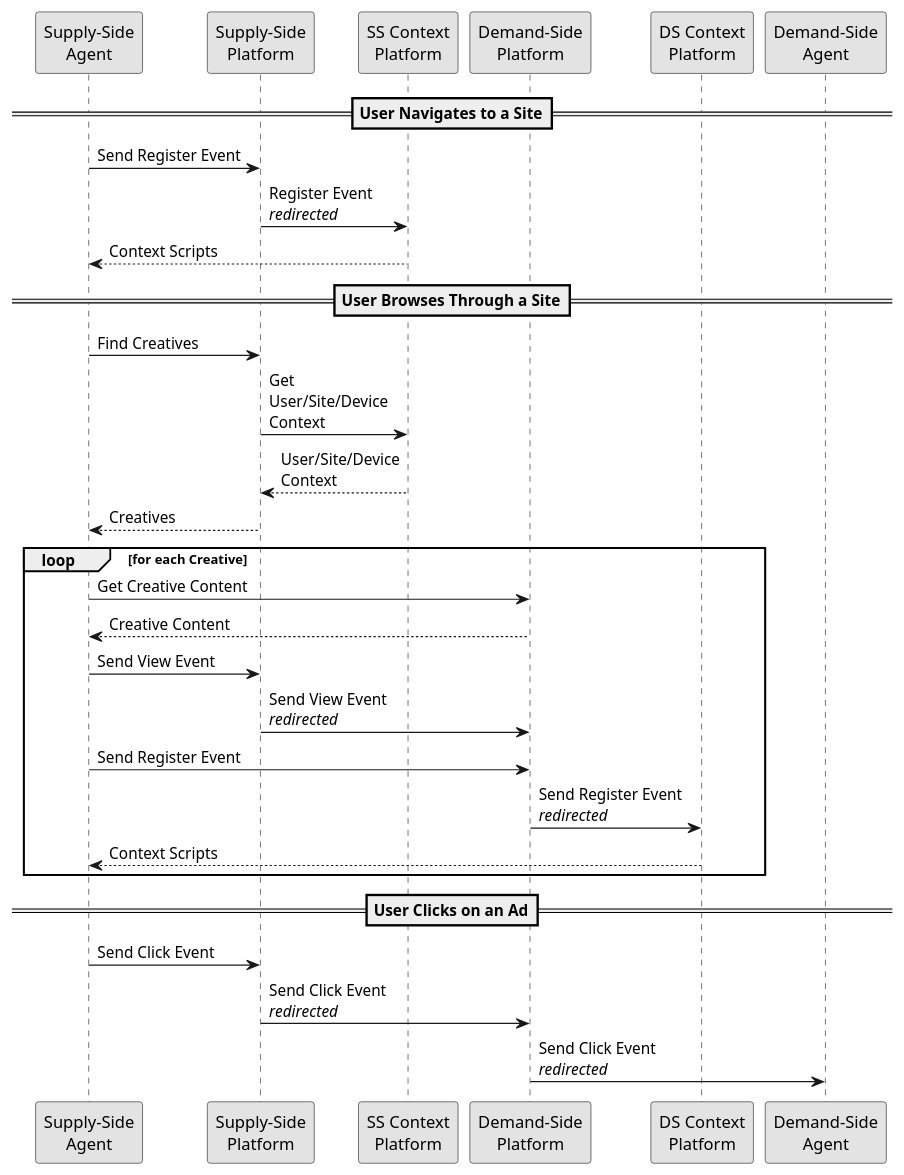
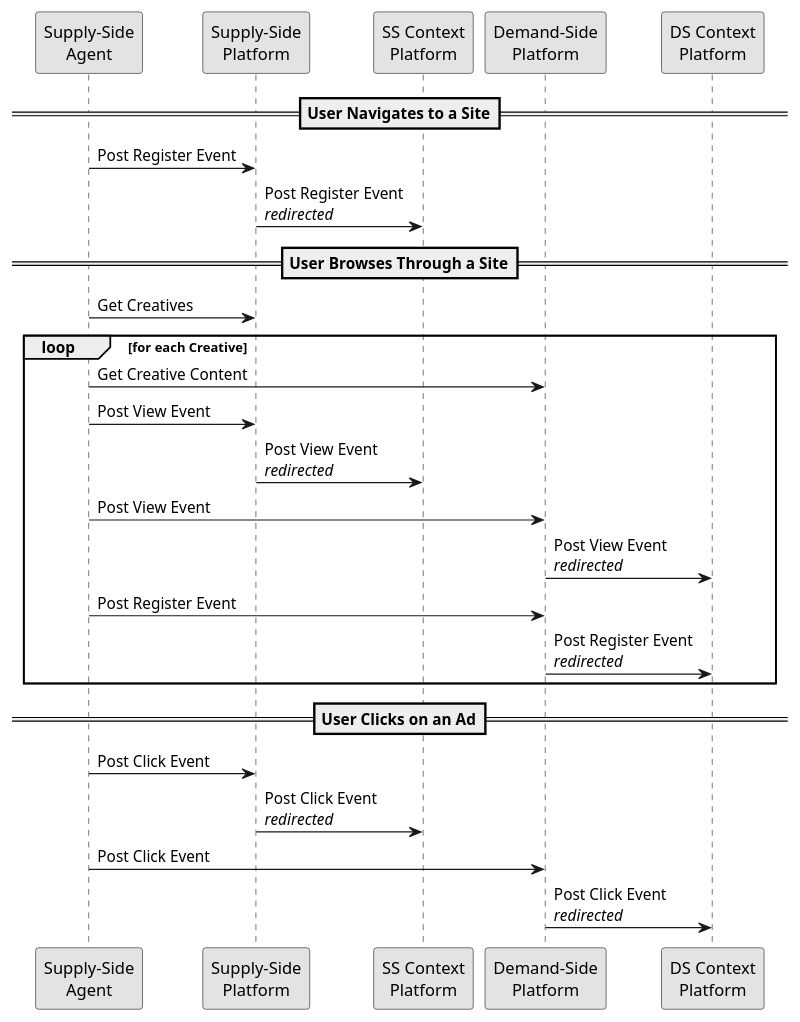
The diagram in protocol/impressions/index.rst (adshares/adshares-docs), drawn with PlantUML before and after one commit. The commit also changed other lines of this file and 5 other files, not shown here.

```diff
--- a/protocol/impressions/index.rst
+++ b/protocol/impressions/index.rst
@@ -10,40 +10,36 @@
 .. uml::
     :align: center
 
     skinparam monochrome true
 
     participant "Supply-Side\nAgent"       as SSA
     participant "Supply-Side\nPlatform"    as SSP
     participant "SS Context\nPlatform"     as SSCP
     participant "Demand-Side\nPlatform"    as DSP
     participant "DS Context\nPlatform"     as DSCP
-    participant "Demand-Side\nAgent"       as DSA
 
     ==User Navigates to a Site==
 
-    SSA ->      SSP     : Send Register Event
-    SSP ->      SSCP    : Register Event\n//redirected//
-    SSCP -->    SSA     : Context Scripts
+    SSA ->      SSP     : Post Register Event
+    SSP ->      SSCP    : Post Register Event\n//redirected//
 
     ==User Browses Through a Site==
 
-    SSA ->      SSP     : Find Creatives
-    SSP ->      SSCP    : Get\nUser/Site/Device\nContext
-    SSCP -->    SSP     : User/Site/Device\nContext
-    SSP -->     SSA     : Creatives
+    SSA ->      SSP     : Get Creatives
 
     loop for each Creative
         SSA ->      DSP     : Get Creative Content
-        DSP -->     SSA     : Creative Content
-        SSA ->      SSP     : Send View Event
-        SSP ->      DSP     : Send View Event\n//redirected//
-        SSA ->      DSP     : Send Register Event
-        DSP ->      DSCP    : Send Register Event\n//redirected//
-        DSCP -->    SSA     : Context Scripts
+        SSA ->      SSP     : Post View Event
+        SSP ->      SSCP    : Post View Event\n//redirected//
+        SSA ->      DSP     : Post View Event
+        DSP ->      DSCP    : Post View Event\n//redirected//
+        SSA ->      DSP     : Post Register Event
+        DSP ->      DSCP    : Post Register Event\n//redirected//
     end
     
     ==User Clicks on an Ad==
 
-    SSA ->      SSP     : Send Click Event
-    SSP ->      DSP     : Send Click Event\n//redirected//
-    DSP ->      DSA     : Send Click Event\n//redirected//
+    SSA ->      SSP     : Post Click Event
+    SSP ->      SSCP    : Post Click Event\n//redirected//
+    SSA ->      DSP     : Post Click Event
+    DSP ->      DSCP    : Post Click Event\n//redirected//
```
